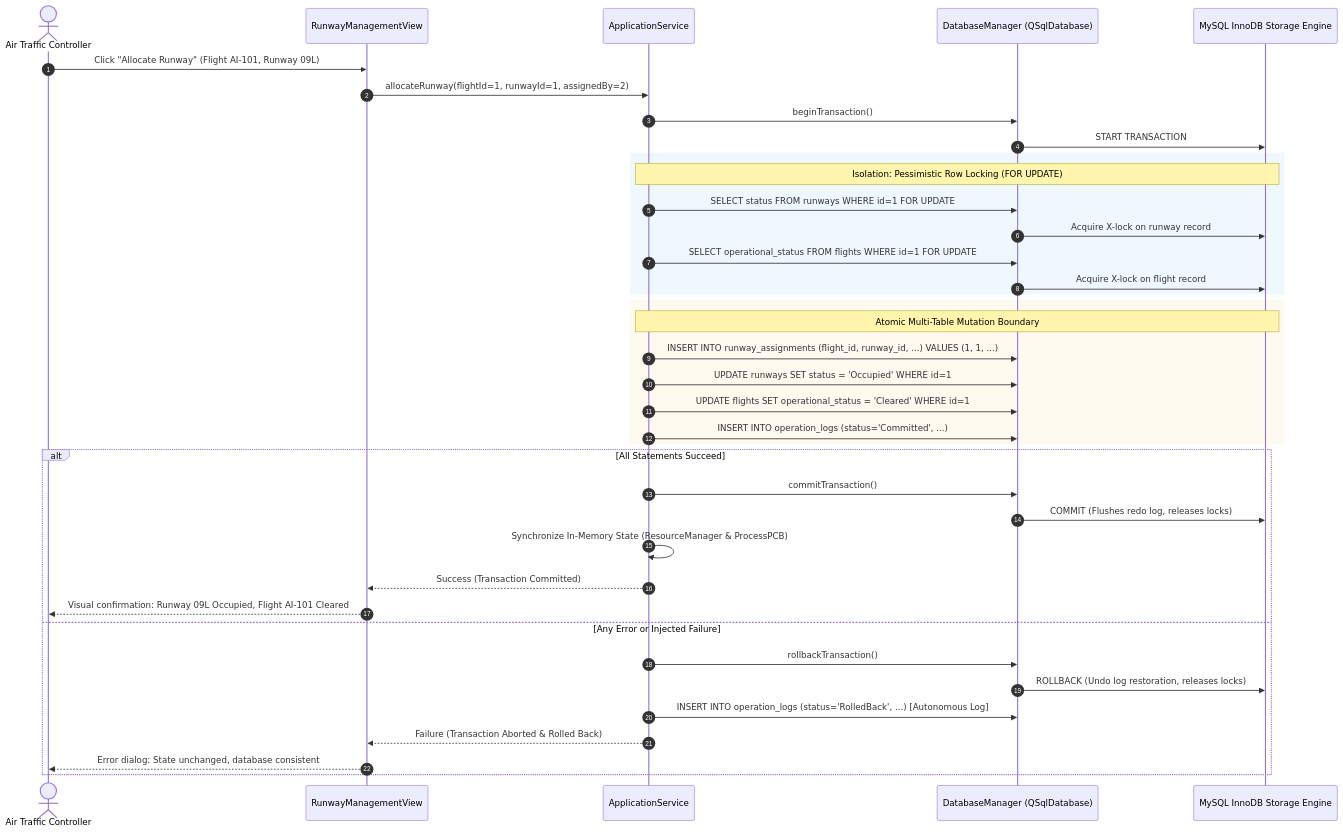
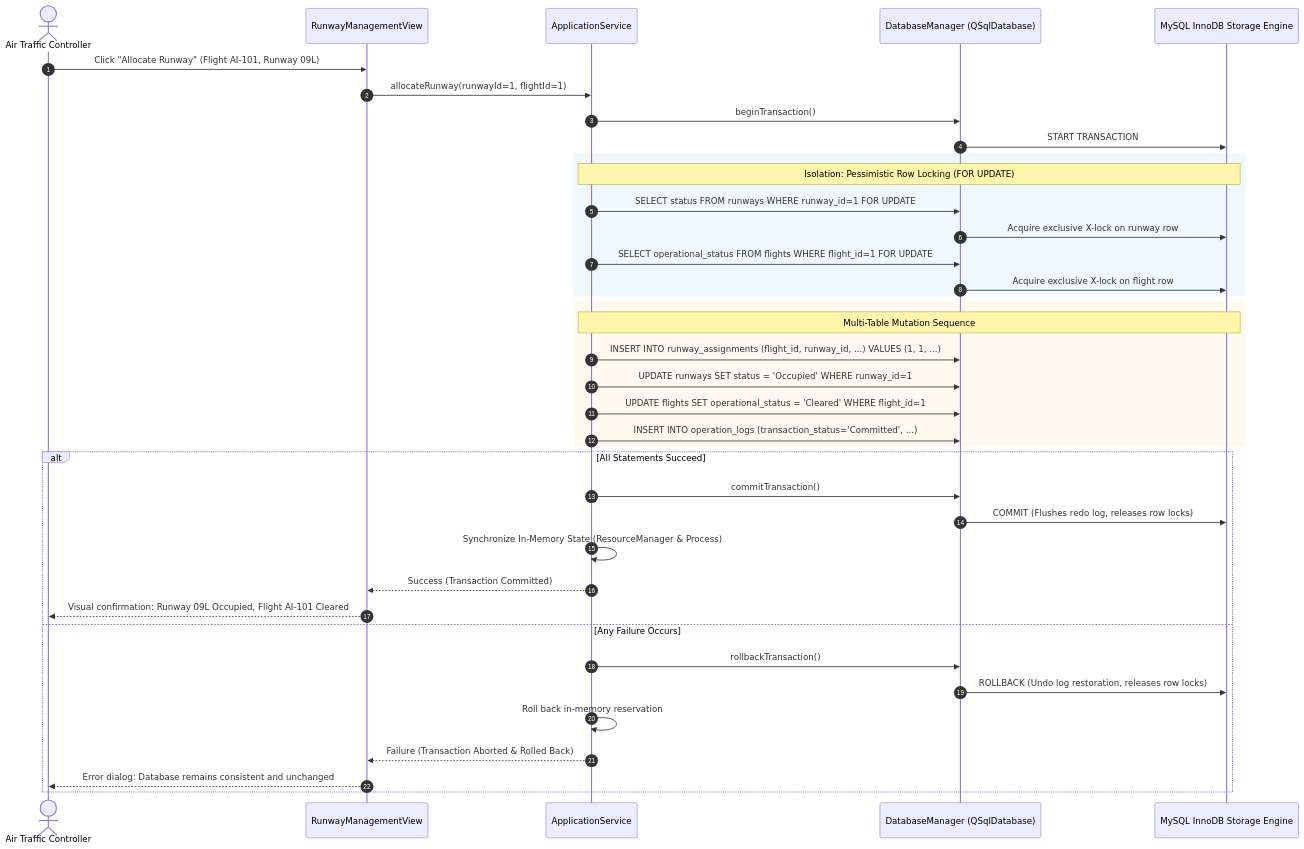
Before and after one commit to DhruvPathak12/Airport-Runway-Manager-Resource-Allocation: the diagram in docs/demo/DBMS_TRANSACTION_DEMO.md, drawn with Mermaid. The commit also changed other lines of this file and 8 other files, not shown here.

````diff
--- a/docs/demo/DBMS_TRANSACTION_DEMO.md
+++ b/docs/demo/DBMS_TRANSACTION_DEMO.md
@@ -21,44 +21,44 @@
 ```mermaid
 sequenceDiagram
     autonumber
     actor ATC as Air Traffic Controller
     participant GUI as RunwayManagementView
     participant AppSvc as ApplicationService
     participant DB as DatabaseManager (QSqlDatabase)
     participant Engine as MySQL InnoDB Storage Engine
 
     ATC->>GUI: Click "Allocate Runway" (Flight AI-101, Runway 09L)
-    GUI->>AppSvc: allocateRunway(flightId=1, runwayId=1, assignedBy=2)
+    GUI->>AppSvc: allocateRunway(runwayId=1, flightId=1)
     AppSvc->>DB: beginTransaction()
     DB->>Engine: START TRANSACTION
 
     rect rgb(240, 248, 255)
         note over AppSvc,Engine: Isolation: Pessimistic Row Locking (FOR UPDATE)
-        AppSvc->>DB: SELECT status FROM runways WHERE id=1 FOR UPDATE
-        DB->>Engine: Acquire X-lock on runway record
-        AppSvc->>DB: SELECT operational_status FROM flights WHERE id=1 FOR UPDATE
-        DB->>Engine: Acquire X-lock on flight record
+        AppSvc->>DB: SELECT status FROM runways WHERE runway_id=1 FOR UPDATE
+        DB->>Engine: Acquire exclusive X-lock on runway row
+        AppSvc->>DB: SELECT operational_status FROM flights WHERE flight_id=1 FOR UPDATE
+        DB->>Engine: Acquire exclusive X-lock on flight row
     end
 
     rect rgb(255, 250, 240)
-        note over AppSvc,Engine: Atomic Multi-Table Mutation Boundary
+        note over AppSvc,Engine: Multi-Table Mutation Sequence
         AppSvc->>DB: INSERT INTO runway_assignments (flight_id, runway_id, ...) VALUES (1, 1, ...)
-        AppSvc->>DB: UPDATE runways SET status = 'Occupied' WHERE id=1
-        AppSvc->>DB: UPDATE flights SET operational_status = 'Cleared' WHERE id=1
-        AppSvc->>DB: INSERT INTO operation_logs (status='Committed', ...)
+        AppSvc->>DB: UPDATE runways SET status = 'Occupied' WHERE runway_id=1
+        AppSvc->>DB: UPDATE flights SET operational_status = 'Cleared' WHERE flight_id=1
+        AppSvc->>DB: INSERT INTO operation_logs (transaction_status='Committed', ...)
     end
 
     alt All Statements Succeed
         AppSvc->>DB: commitTransaction()
-        DB->>Engine: COMMIT (Flushes redo log, releases locks)
-        AppSvc->>AppSvc: Synchronize In-Memory State (ResourceManager & ProcessPCB)
+        DB->>Engine: COMMIT (Flushes redo log, releases row locks)
+        AppSvc->>AppSvc: Synchronize In-Memory State (ResourceManager & Process)
         AppSvc-->>GUI: Success (Transaction Committed)
         GUI-->>ATC: Visual confirmation: Runway 09L Occupied, Flight AI-101 Cleared
-    else Any Error or Injected Failure
+    else Any Failure Occurs
         AppSvc->>DB: rollbackTransaction()
-        DB->>Engine: ROLLBACK (Undo log restoration, releases locks)
-        AppSvc->>DB: INSERT INTO operation_logs (status='RolledBack', ...) [Autonomous Log]
+        DB->>Engine: ROLLBACK (Undo log restoration, releases row locks)
+        AppSvc->>AppSvc: Roll back in-memory reservation
         AppSvc-->>GUI: Failure (Transaction Aborted & Rolled Back)
-        GUI-->>ATC: Error dialog: State unchanged, database consistent
+        GUI-->>ATC: Error dialog: Database remains consistent and unchanged
     end
 ```
````
